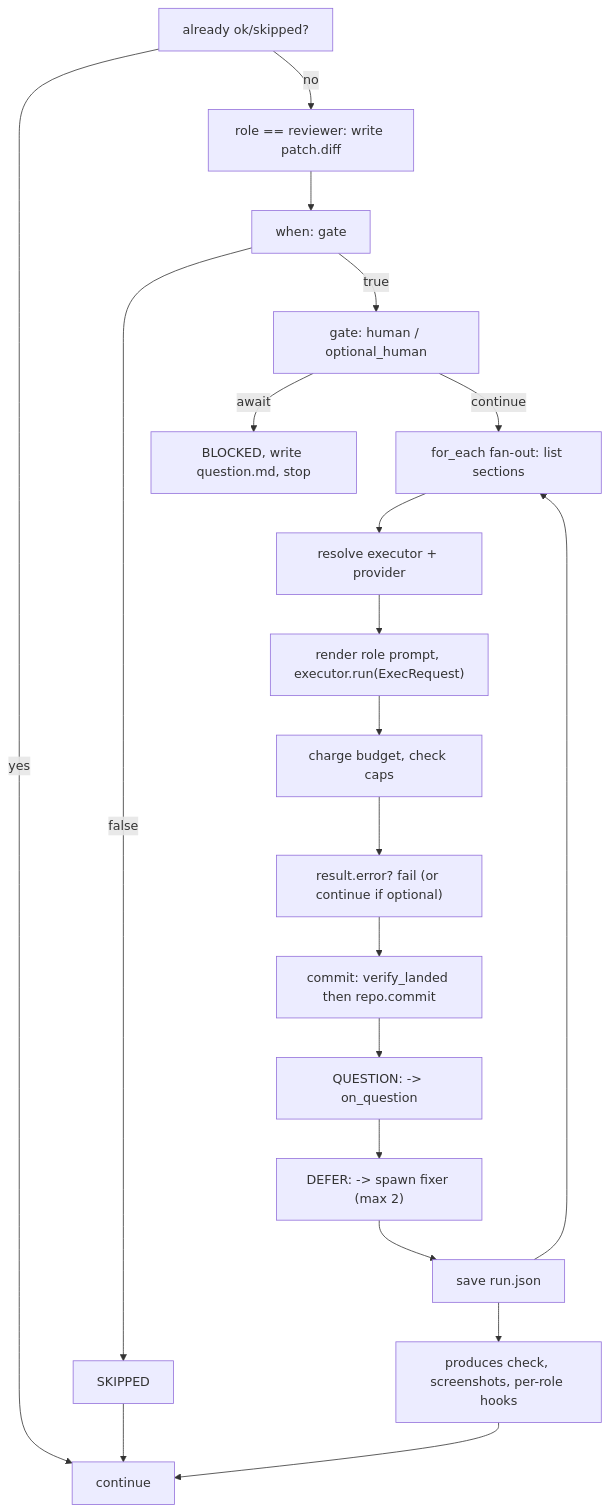
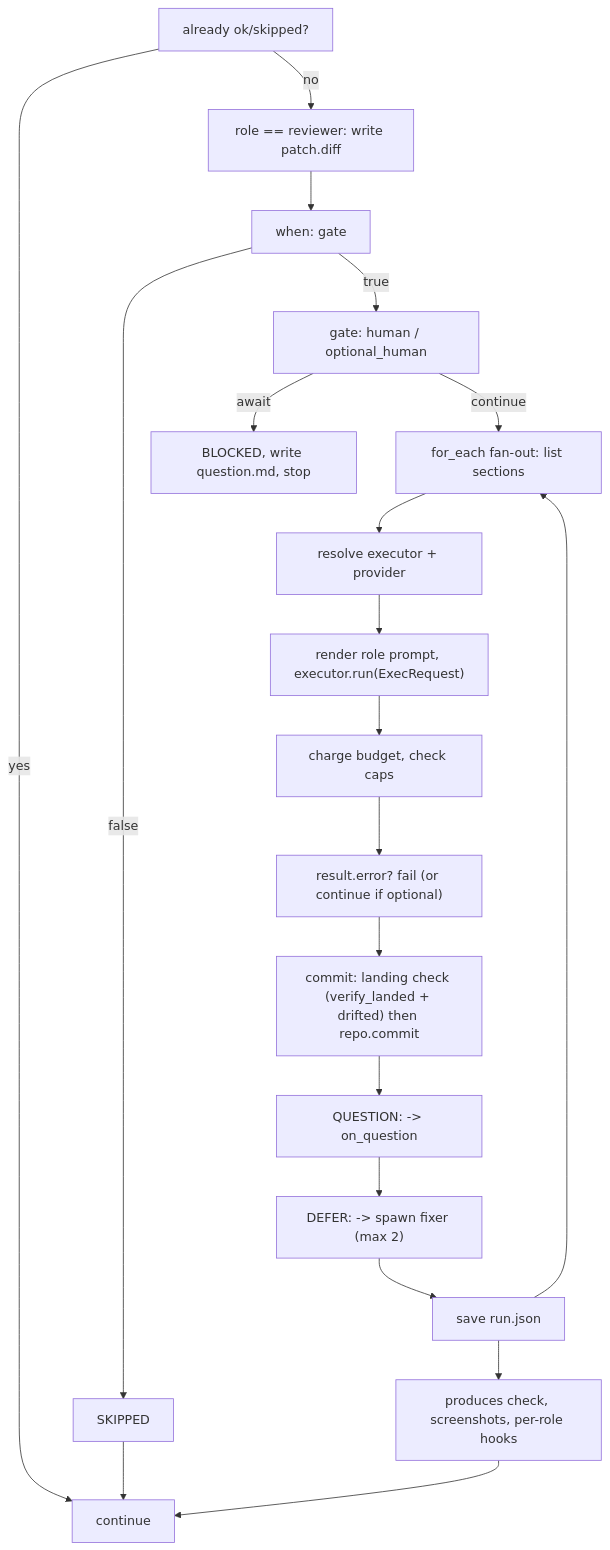
Before and after one commit to MartinGamsby/ticket-bot: the diagram in memory/engine/summary.md, drawn with Mermaid. The commit also changed other lines of this file and 25 other files, not shown here.

````diff
--- a/memory/engine/summary.md
+++ b/memory/engine/summary.md
@@ -38,18 +38,18 @@
 ```mermaid
 flowchart TD
     A["already ok/skipped?"] -->|yes| Z["continue"]
     A -->|no| B["role == reviewer: write patch.diff"]
     B --> C["when: gate"] -->|false| S["SKIPPED"] --> Z
     C -->|true| D["gate: human / optional_human"] -->|await| BL["BLOCKED, write question.md, stop"]
     D -->|continue| E["for_each fan-out: list sections"]
     E --> F["resolve executor + provider"]
     F --> G["render role prompt, executor.run(ExecRequest)"]
     G --> H["charge budget, check caps"]
     H --> I["result.error? fail (or continue if optional)"]
-    I --> J["commit: verify_landed then repo.commit"]
+    I --> J["commit: landing check (verify_landed + drifted) then repo.commit"]
     J --> K["QUESTION: -> on_question"]
     K --> L["DEFER: -> spawn fixer (max 2)"]
     L --> M["save run.json"] --> E
     M --> N["produces check, screenshots, per-role hooks"]
     N --> Z
 ```
````
